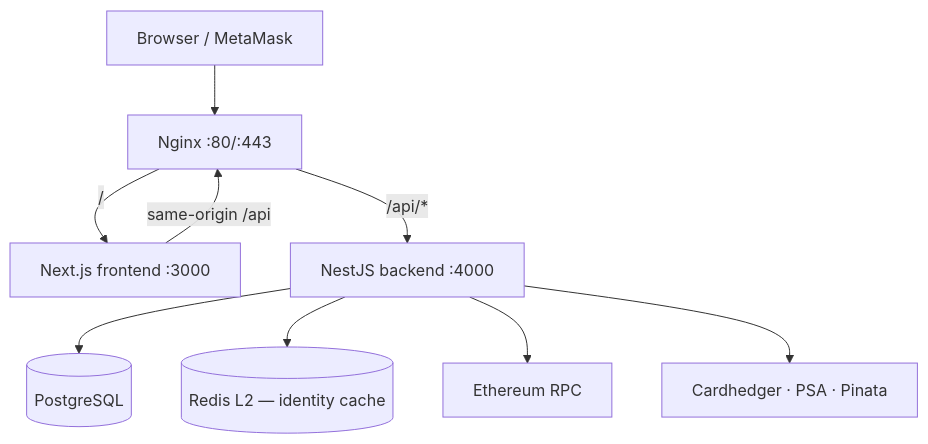
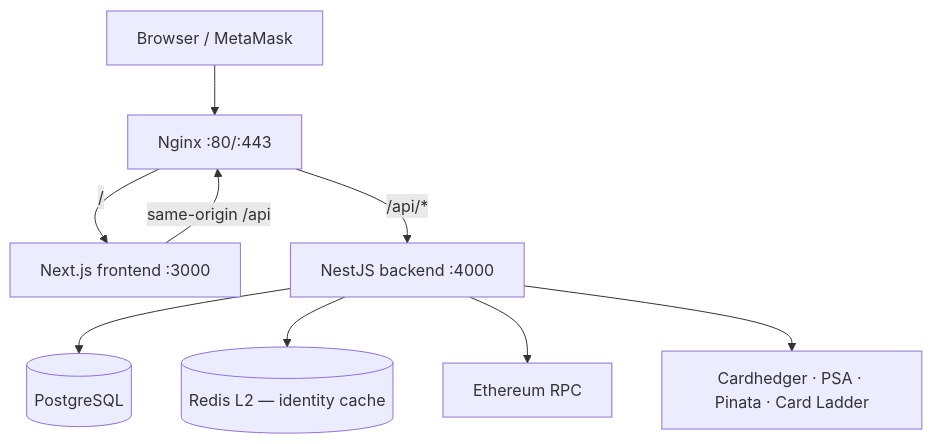
Before and after one commit to tokenable-dev/tokenable-dev: the diagram in docs/architecture/overview.md, drawn with Mermaid. The commit also changed other lines of this file and 23 other files, not shown here.

````diff
--- a/docs/architecture/overview.md
+++ b/docs/architecture/overview.md
@@ -5,20 +5,20 @@
 ```mermaid
 flowchart TB
     Browser["Browser / MetaMask"]
     Nginx["Nginx :80/:443"]
     FE["Next.js frontend :3000"]
     BE["NestJS backend :4000"]
     PG[("PostgreSQL")]
     RD[("Redis L2 — identity cache")]
     RPC["Ethereum RPC"]
-    EXT["Cardhedger · PSA · Pinata"]
+    EXT["Cardhedger · PSA · Pinata · Card Ladder"]
 
     Browser --> Nginx
     Nginx -->|"/"| FE
     Nginx -->|"/api/*"| BE
     BE --> PG
     BE --> RD
     BE --> RPC
     BE --> EXT
     FE -->|same-origin /api| Nginx
 ```
````
